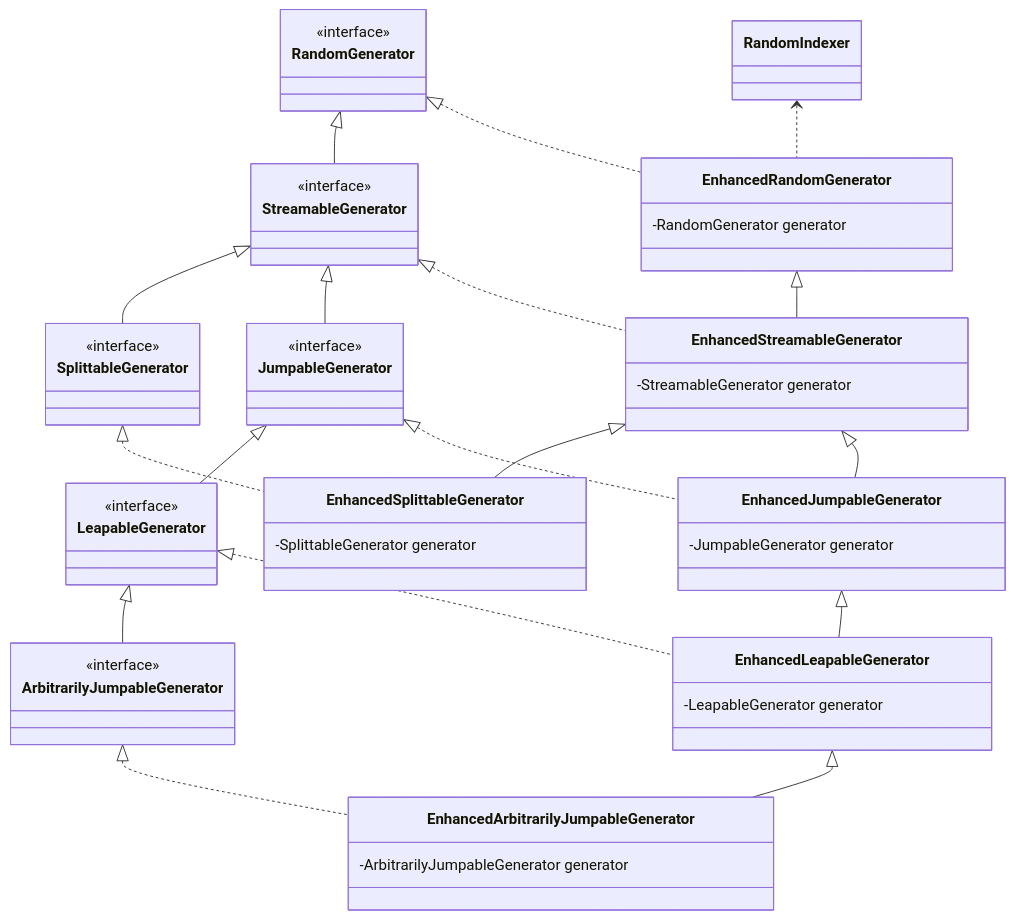
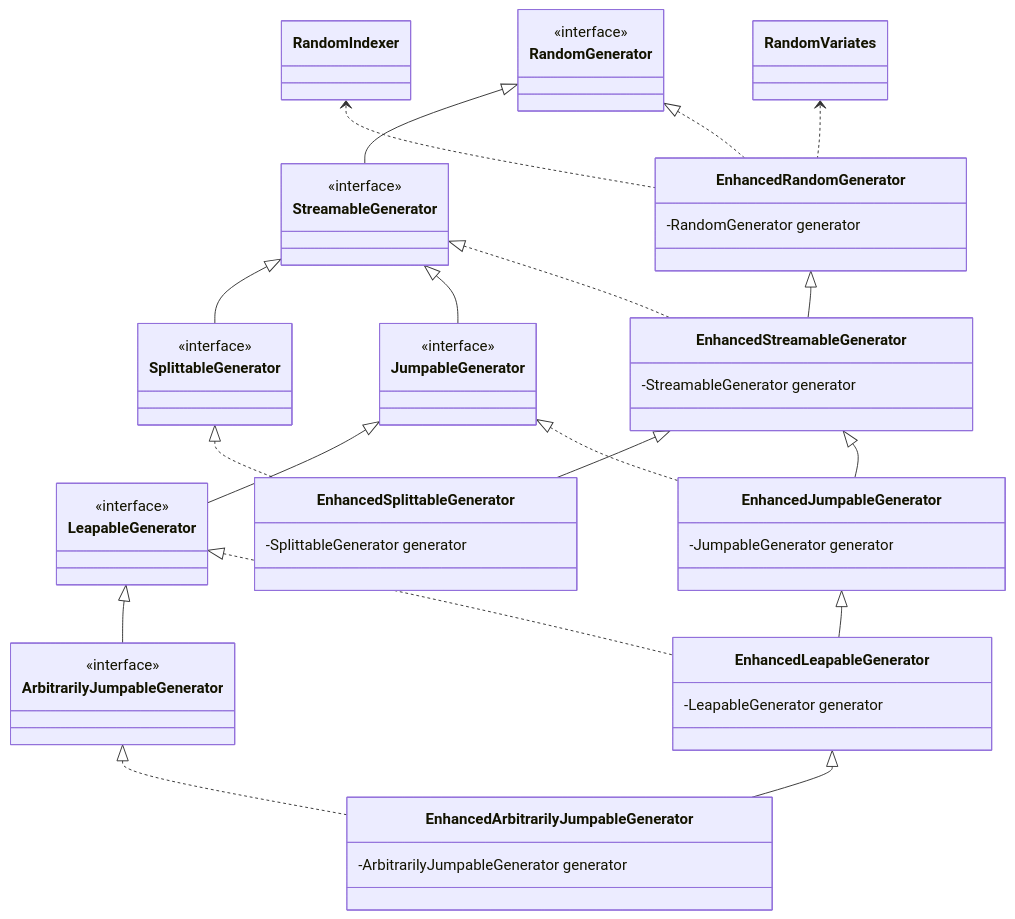
One commit to cicirello/rho-mu changed the diagram in README.md. Above: the diagram before and after it, drawn with Mermaid.

````diff
--- a/README.md
+++ b/README.md
@@ -42,45 +42,47 @@
 ```mermaid
 classDiagram
   class RandomGenerator
   <<interface>> RandomGenerator
   class StreamableGenerator
   <<interface>> StreamableGenerator
   RandomGenerator <|-- StreamableGenerator
   class SplittableGenerator
   <<interface>> SplittableGenerator
   StreamableGenerator <|-- SplittableGenerator
   class JumpableGenerator
   <<interface>> JumpableGenerator
   StreamableGenerator <|-- JumpableGenerator
   class LeapableGenerator
   <<interface>> LeapableGenerator
   JumpableGenerator <|-- LeapableGenerator
   class ArbitrarilyJumpableGenerator
   <<interface>> ArbitrarilyJumpableGenerator
   LeapableGenerator <|-- ArbitrarilyJumpableGenerator
   class RandomIndexer
+  class RandomVariates
   class EnhancedRandomGenerator
   RandomGenerator <|.. EnhancedRandomGenerator
   RandomIndexer <.. EnhancedRandomGenerator
+  RandomVariates <.. EnhancedRandomGenerator
   EnhancedRandomGenerator : -RandomGenerator generator
   class EnhancedStreamableGenerator
   EnhancedRandomGenerator <|-- EnhancedStreamableGenerator
   StreamableGenerator <|.. EnhancedStreamableGenerator
   EnhancedStreamableGenerator : -StreamableGenerator generator
   class EnhancedSplittableGenerator
   EnhancedStreamableGenerator <|-- EnhancedSplittableGenerator
   SplittableGenerator <|.. EnhancedSplittableGenerator
   EnhancedSplittableGenerator : -SplittableGenerator generator
   class EnhancedJumpableGenerator
   EnhancedStreamableGenerator <|-- EnhancedJumpableGenerator
   JumpableGenerator <|.. EnhancedJumpableGenerator
   EnhancedJumpableGenerator : -JumpableGenerator generator
   class EnhancedLeapableGenerator
   EnhancedJumpableGenerator <|-- EnhancedLeapableGenerator
   LeapableGenerator <|.. EnhancedLeapableGenerator
   EnhancedLeapableGenerator : -LeapableGenerator generator
   class EnhancedArbitrarilyJumpableGenerator
   EnhancedLeapableGenerator <|-- EnhancedArbitrarilyJumpableGenerator
   ArbitrarilyJumpableGenerator <|.. EnhancedArbitrarilyJumpableGenerator
   EnhancedArbitrarilyJumpableGenerator : -ArbitrarilyJumpableGenerator generator
 ```
````
